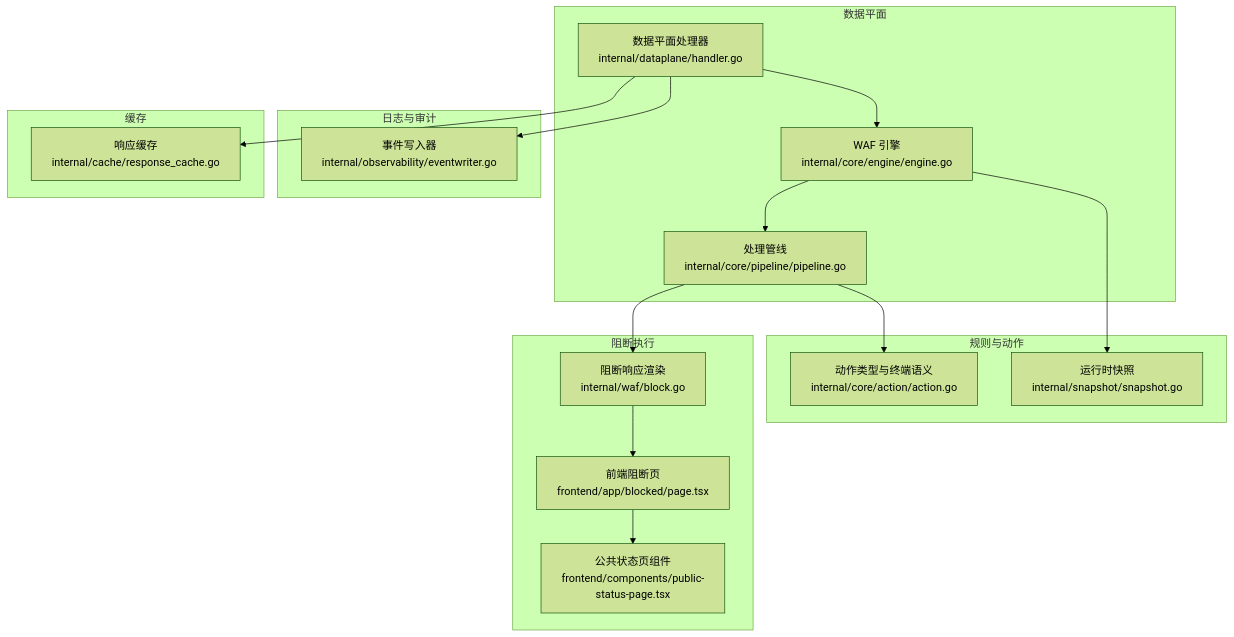
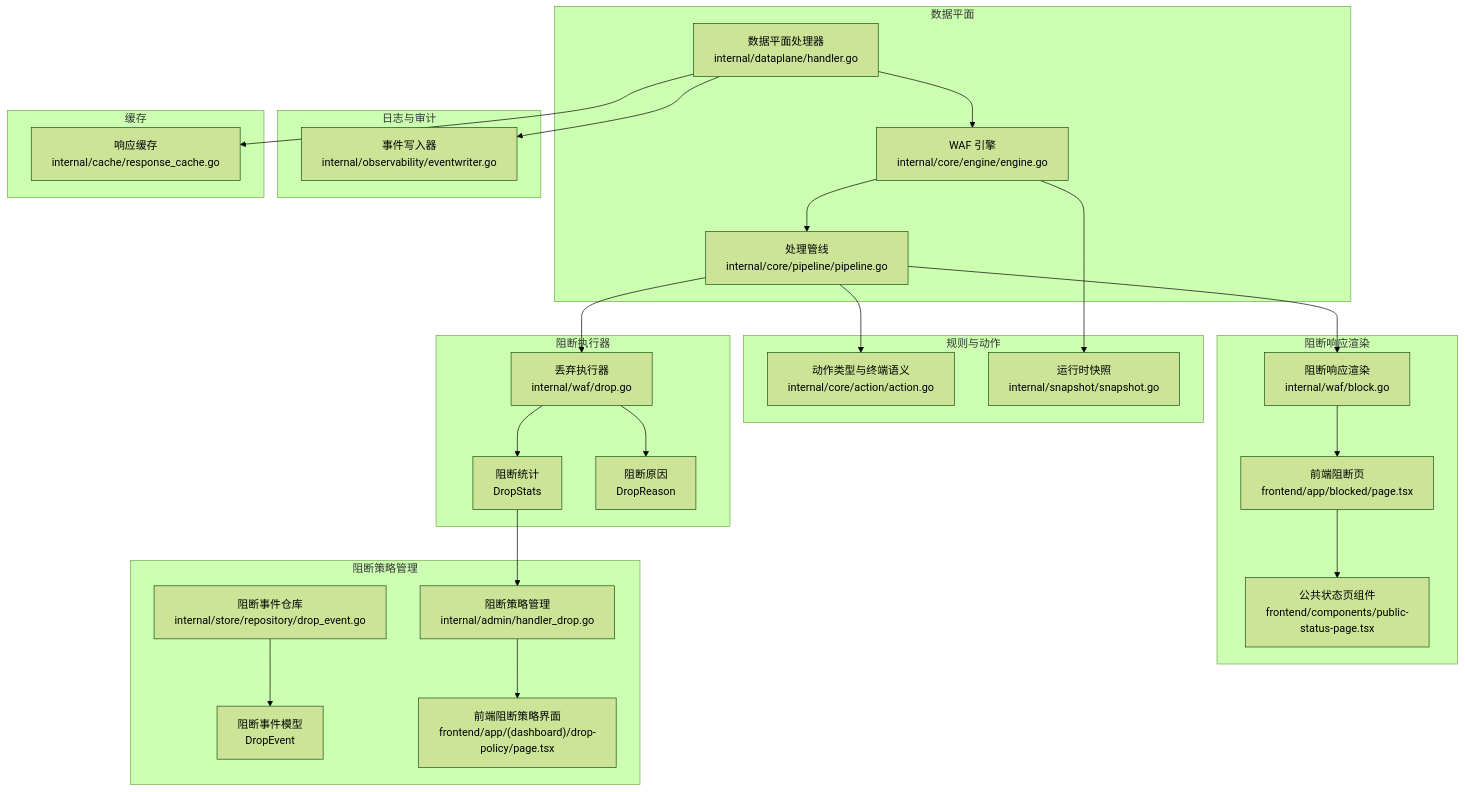
Before and after one commit to x01n/My-OpenWaf: the first of 3 diagrams in docs/安全防护功能/阻断机制.md, drawn with Mermaid (forest theme). The commit also changed other lines of this file and 51 other files, not shown here.

````diff
--- a/docs/安全防护功能/阻断机制.md
+++ b/docs/安全防护功能/阻断机制.md
@@ -40,30 +52,47 @@
 ```mermaid
 graph TB
 subgraph "数据平面"
 DP_Handler["数据平面处理器<br/>internal/dataplane/handler.go"]
 Engine["WAF 引擎<br/>internal/core/engine/engine.go"]
 Pipe["处理管线<br/>internal/core/pipeline/pipeline.go"]
 end
 subgraph "规则与动作"
 Action["动作类型与终端语义<br/>internal/core/action/action.go"]
 Snapshot["运行时快照<br/>internal/snapshot/snapshot.go"]
 end
-subgraph "阻断执行"
+subgraph "阻断执行器"
+DropExec["丢弃执行器<br/>internal/waf/drop.go"]
+DropStats["阻断统计<br/>DropStats"]
+DropReason["阻断原因<br/>DropReason"]
+end
+subgraph "阻断响应渲染"
 Block["阻断响应渲染<br/>internal/waf/block.go"]
 PageFE["前端阻断页<br/>frontend/app/blocked/page.tsx"]
 PublicStatus["公共状态页组件<br/>frontend/components/public-status-page.tsx"]
+end
+subgraph "阻断策略管理"
+AdminDrop["阻断策略管理<br/>internal/admin/handler_drop.go"]
+DropRepo["阻断事件仓库<br/>internal/store/repository/drop_event.go"]
+DropModel["阻断事件模型<br/>DropEvent"]
+FrontendDrop["前端阻断策略界面<br/>frontend/app/(dashboard)/drop-policy/page.tsx"]
 end
 subgraph "日志与审计"
 EventWriter["事件写入器<br/>internal/observability/eventwriter.go"]
 end
 subgraph "缓存"
 RespCache["响应缓存<br/>internal/cache/response_cache.go"]
 end
 DP_Handler --> Engine --> Pipe --> Action
 Engine --> Snapshot
+Pipe --> DropExec
 Pipe --> Block
+DropExec --> DropStats
+DropExec --> DropReason
+DropStats --> AdminDrop
+DropRepo --> DropModel
+AdminDrop --> FrontendDrop
 Block --> PageFE
 PageFE --> PublicStatus
 DP_Handler --> EventWriter
 DP_Handler --> RespCache
 ```
````
